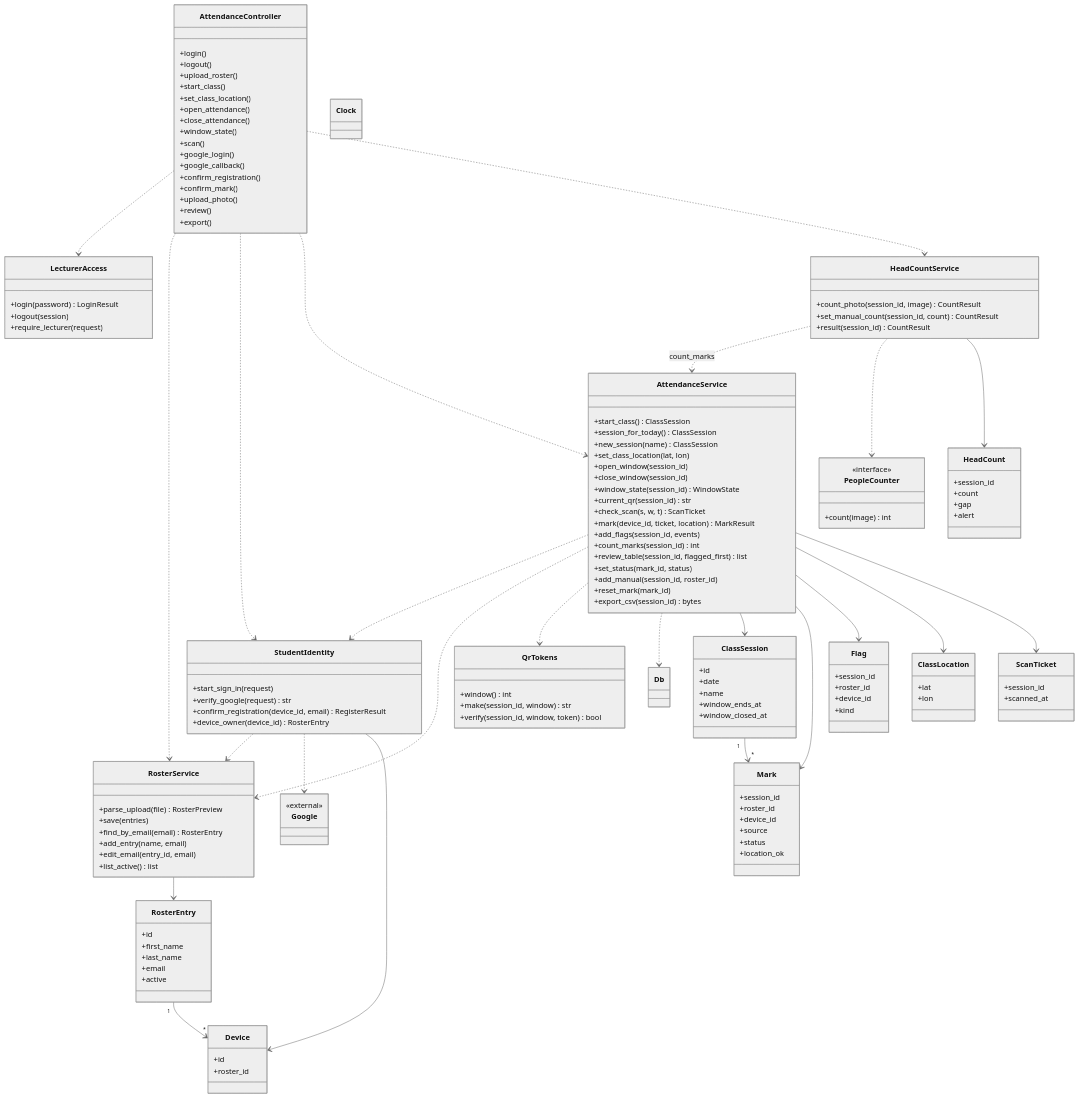
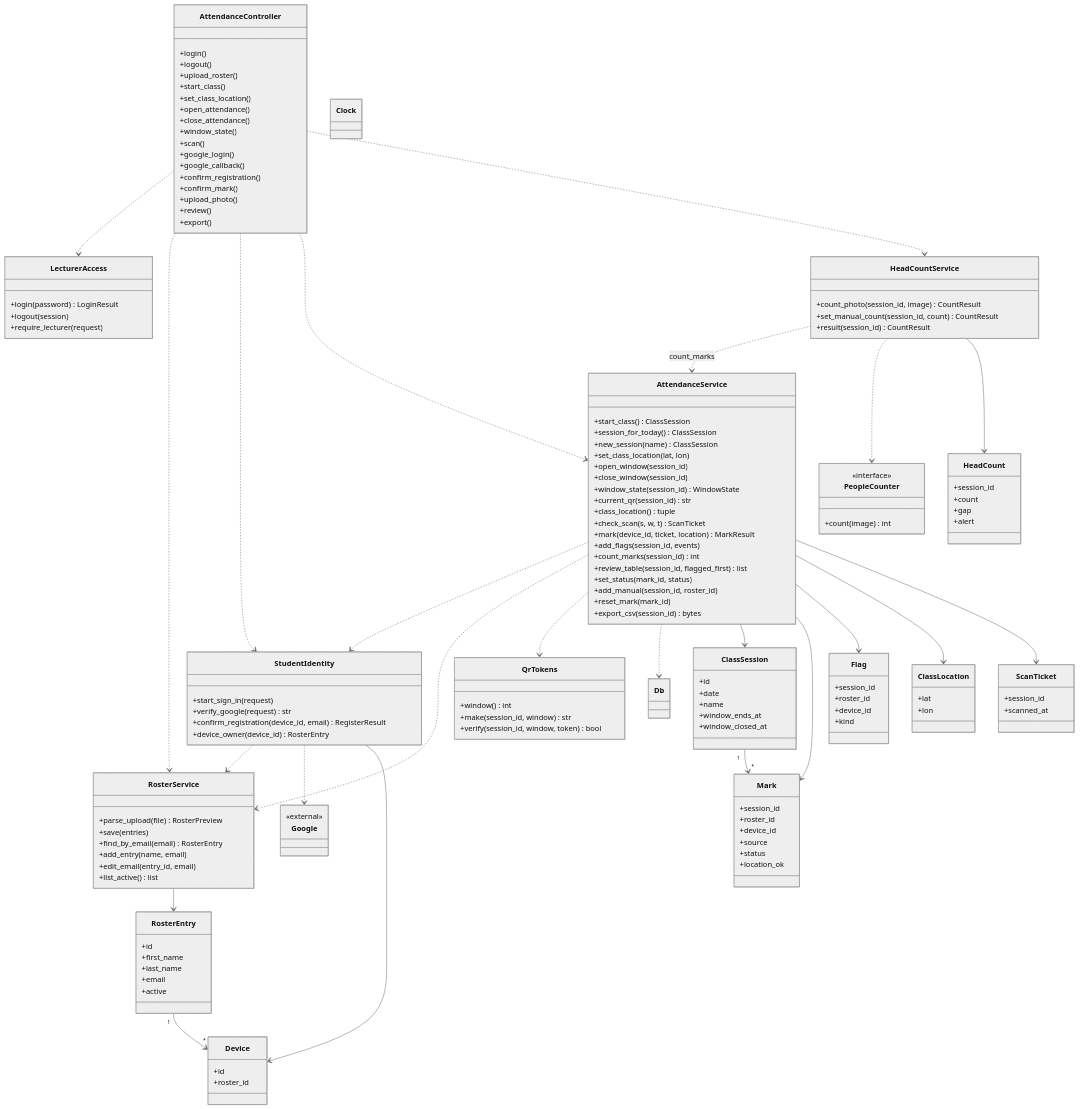
Before and after one commit to Gashaw-ambaw/Ex2: the first of 7 diagrams in docs/edd.md, drawn with Mermaid (neutral theme). The commit also changed other lines of this file and 3 other files, not shown here.

```diff
--- a/docs/edd.md
+++ b/docs/edd.md
@@ -66,6 +66,7 @@
     +close_window(session_id)
     +window_state(session_id) WindowState
     +current_qr(session_id) str
+    +class_location() tuple
     +check_scan(s, w, t) ScanTicket
     +mark(device_id, ticket, location) MarkResult
     +add_flags(session_id, events)
```
